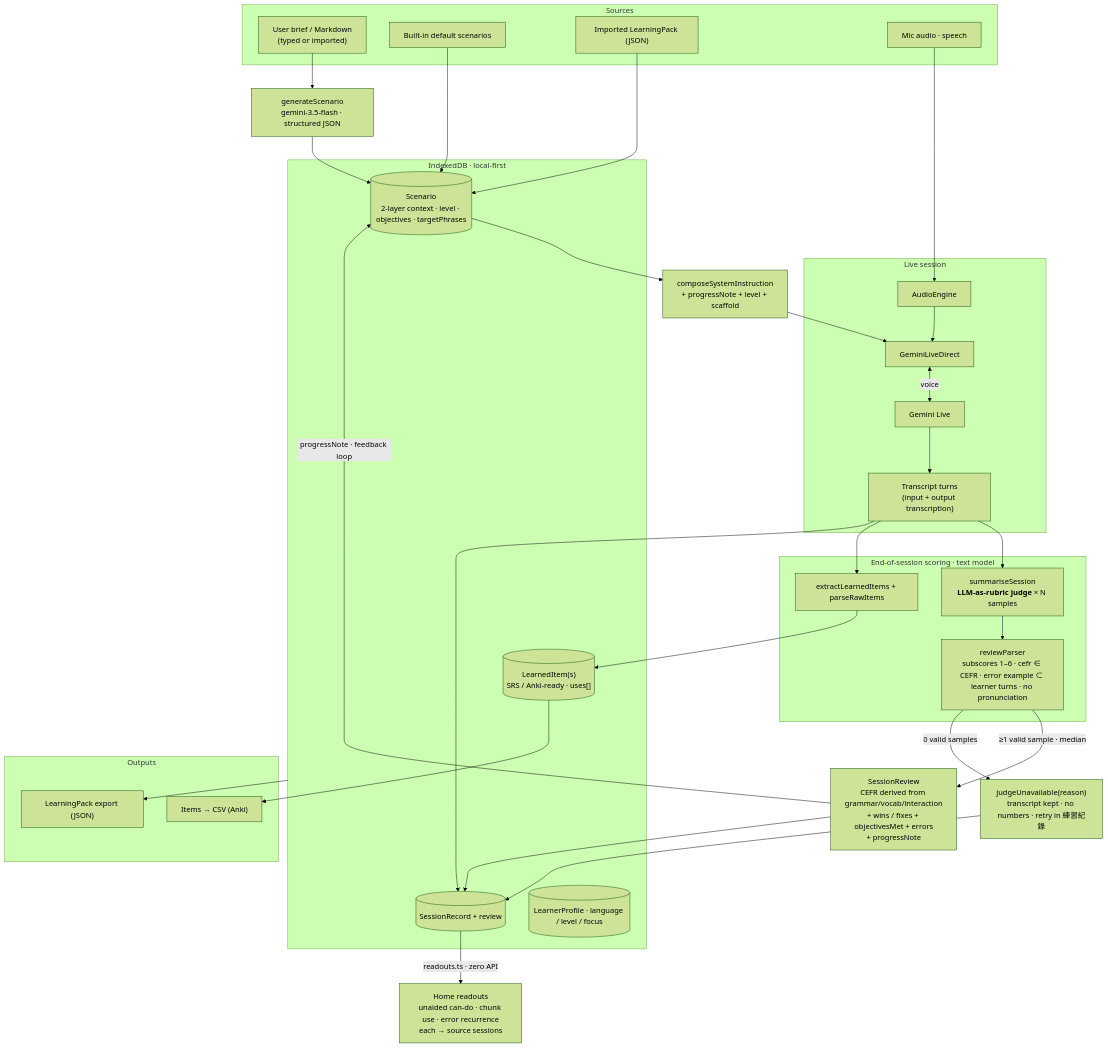
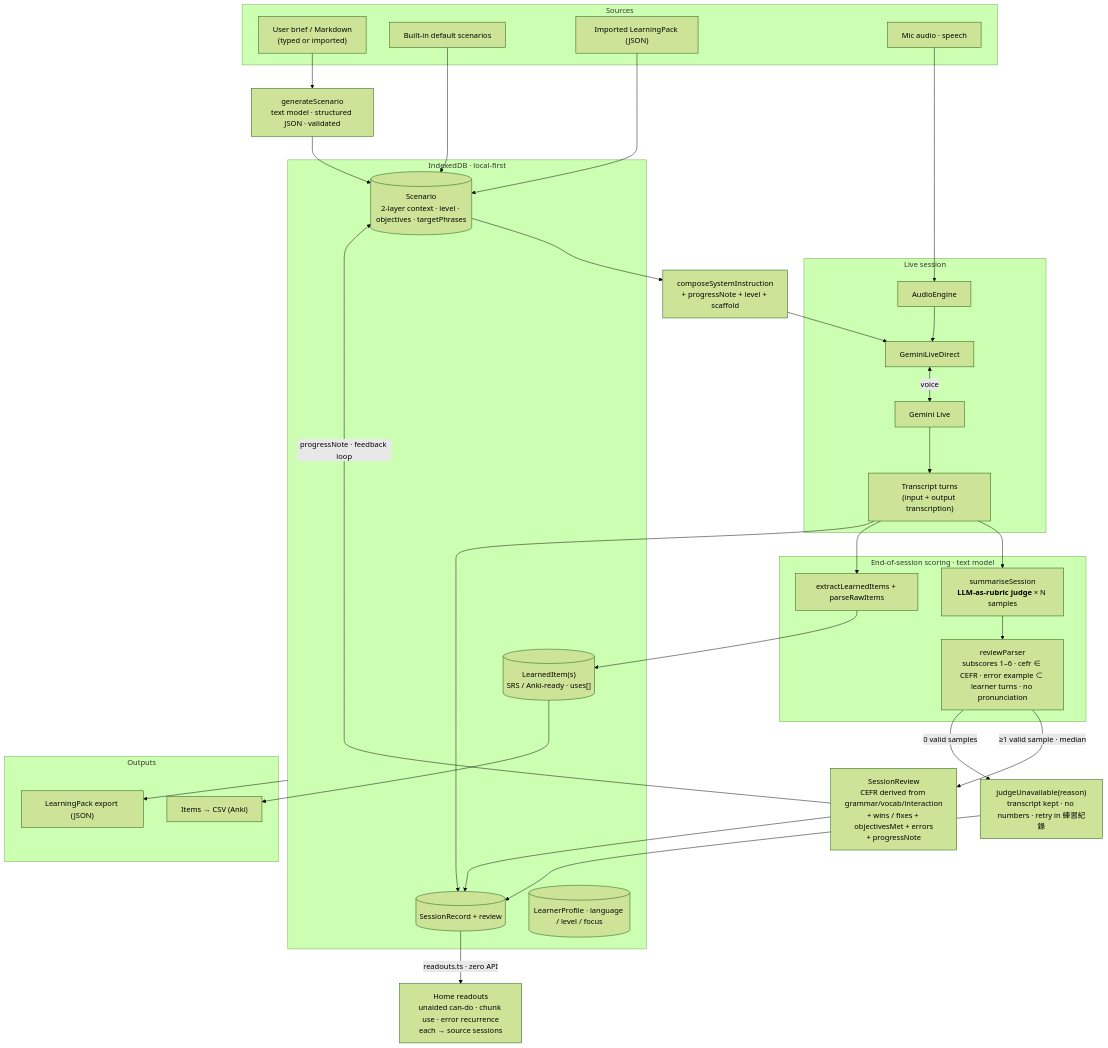
The third of 3 diagrams in ARCHITECTURE.md (ZeroAlcoholic/eng-coach), drawn with Mermaid (forest theme) before and after one commit. The commit also changed other lines of this file and 7 other files, not shown here.

First line of the commit message:
chore(models, docs): adopt screening verdicts — gemini-3.8-flash, one judge sample

````diff
--- a/ARCHITECTURE.md
+++ b/ARCHITECTURE.md
@@ -121,52 +121,52 @@
 ```mermaid
 flowchart TB
   subgraph Sources["Sources"]
     Brief["User brief / Markdown<br/>(typed or imported)"]
     Defaults["Built-in default scenarios"]
     PackIn["Imported LearningPack (JSON)"]
     Mic["Mic audio · speech"]
   end
 
-  Gen["generateScenario<br/>gemini-3.5-flash · structured JSON"]
+  Gen["generateScenario<br/>text model · structured JSON · validated"]
   Scen[("Scenario<br/>2-layer context · level · objectives · targetPhrases")]
   Brief --> Gen --> Scen
   Defaults --> Scen
   PackIn --> Scen
 
   subgraph LiveSession["Live session"]
     Mic --> AE["AudioEngine"] --> GLD["GeminiLiveDirect"]
     GLD <-->|"voice"| GLive["Gemini Live"]
     GLive --> TR["Transcript turns<br/>(input + output transcription)"]
   end
   Scen --> Prompt["composeSystemInstruction<br/>+ progressNote + level + scaffold"] --> GLD
 
   subgraph Scoring["End-of-session scoring · text model"]
     Judge["summariseSession<br/><b>LLM-as-rubric judge</b> × N samples"]
     Val["reviewParser<br/>subscores 1–6 · cefr ∈ CEFR · error example ⊂ learner turns · no pronunciation"]
     Extract["extractLearnedItems + parseRawItems"]
   end
   TR --> Judge --> Val
   TR --> Extract
   Val -->|"≥1 valid sample · median"| Review["SessionReview<br/>CEFR derived from grammar/vocab/interaction<br/>+ wins / fixes + objectivesMet + errors<br/>+ progressNote"]
   Val -->|"0 valid samples"| Unavail["judgeUnavailable(reason)<br/>transcript kept · no numbers · retry in 練習紀錄"]
   Extract --> Items[("LearnedItem(s)<br/>SRS / Anki-ready · uses[]")]
 
   subgraph Store["IndexedDB · local-first"]
     Sess[("SessionRecord + review")]
     Items
     Scen
     Prof[("LearnerProfile · language / level / focus")]
   end
   TR --> Sess
   Review --> Sess
   Unavail --> Sess
   Review -->|"progressNote · feedback loop"| Scen
   Sess -->|"readouts.ts · zero API"| Read["Home readouts<br/>unaided can-do · chunk use · error recurrence<br/>each → source sessions"]
 
   subgraph Out["Outputs"]
     CSV["Items → CSV (Anki)"]
     PackOut["LearningPack export (JSON)"]
   end
   Items --> CSV
   Store --> PackOut
 ```
````
